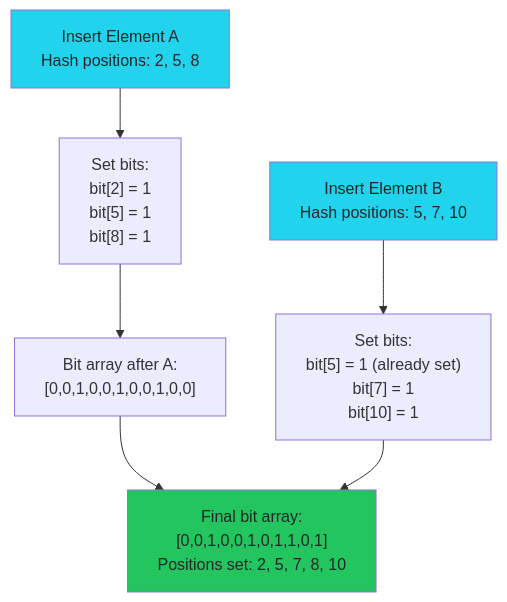
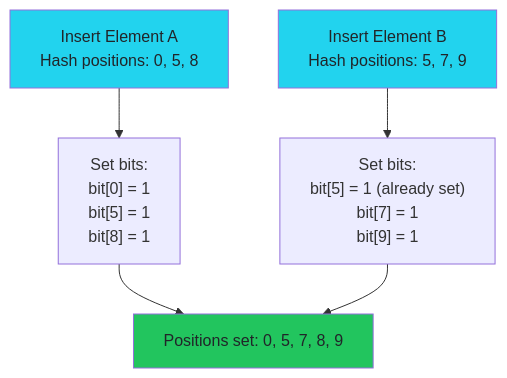
One commit to AxelUser/maltsev.space changed the first of 6 diagrams in src/posts/009-counting-bloom-filters/index.md. Above: the diagram before and after it, drawn with Mermaid. The commit also changed other lines of this file and 6 other files, not shown here.

````diff
--- a/src/posts/009-counting-bloom-filters/index.md
+++ b/src/posts/009-counting-bloom-filters/index.md
@@ -45,15 +45,13 @@
 ```mermaid
 graph TD
-    A["Insert Element A<br/>Hash positions: 2, 5, 8"] --> A1["Set bits:<br/>bit[2] = 1<br/>bit[5] = 1<br/>bit[8] = 1"]
+    A["Insert Element A<br/>Hash positions: 0, 5, 8"] --> A1["Set bits:<br/>bit[0] = 1<br/>bit[5] = 1<br/>bit[8] = 1"]
     
-    A1 --> A2["Bit array after A:<br/>[0,0,1,0,0,1,0,0,1,0,0]"]
+    B["Insert Element B<br/>Hash positions: 5, 7, 9"] --> B1["Set bits:<br/>bit[5] = 1 (already set)<br/>bit[7] = 1<br/>bit[9] = 1"]
     
-    B["Insert Element B<br/>Hash positions: 5, 7, 10"] --> B1["Set bits:<br/>bit[5] = 1 (already set)<br/>bit[7] = 1<br/>bit[10] = 1"]
-    
-    A2 --> C["Final bit array:<br/>[0,0,1,0,0,1,0,1,1,0,1]<br/>Positions set: 2, 5, 7, 8, 10"]
+    A1 --> C["Positions set: 0, 5, 7, 8, 9"]
     B1 --> C
     
     style A fill:#22d3ee,color:#212529
     style B fill:#22d3ee,color:#212529
     style C fill:#22c55e,color:#212529
 ```
````
